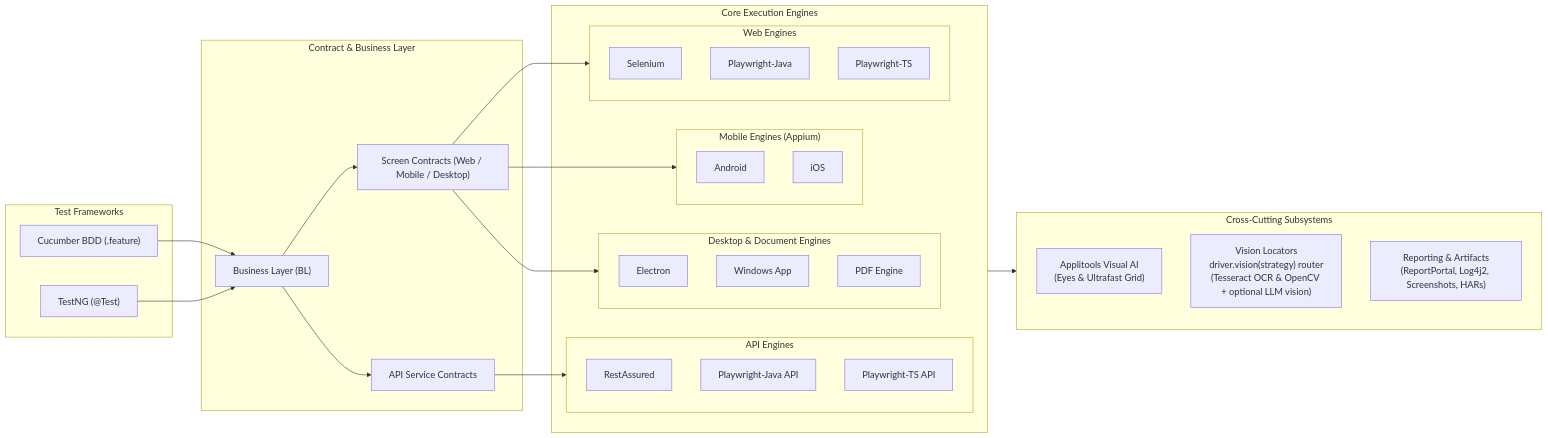
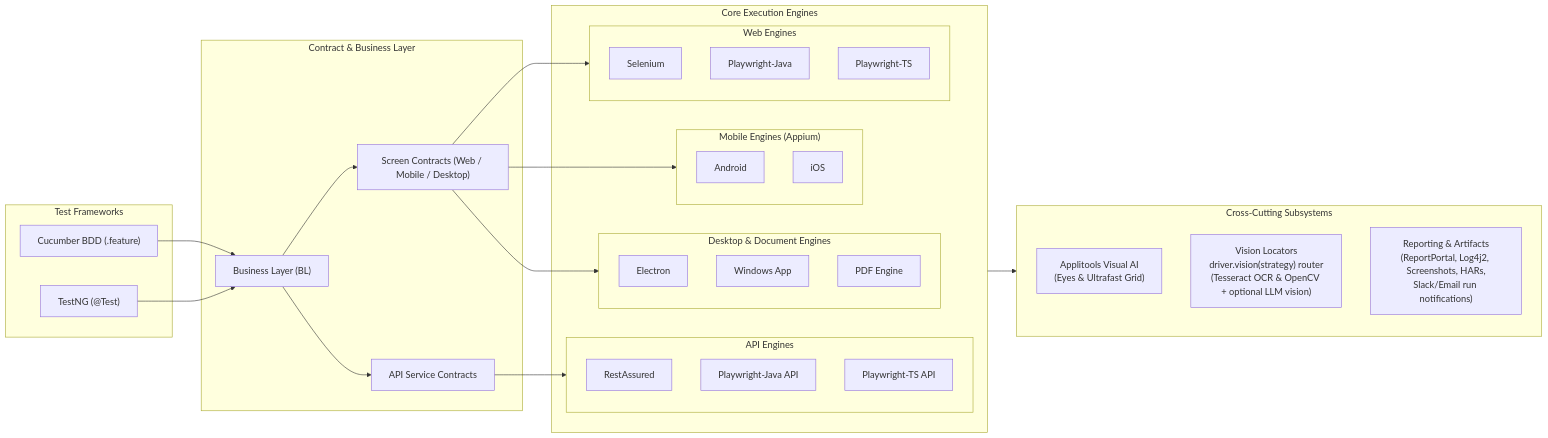
The second of 2 diagrams in README.md (anandbagmar/teswiz), drawn with Mermaid before and after one commit. The commit also changed other lines of this file and 99 other files, not shown here.

First line of the commit message:
Generic end-of-run notifications (Slack + email) with configurable, CI-aware delivery (#49)

````diff
--- a/README.md
+++ b/README.md
@@ -192,53 +193,53 @@
 ```mermaid
 flowchart LR
     subgraph Frameworks["Test Frameworks"]
         CUC["Cucumber BDD (.feature)"]
         TNG["TestNG (@Test)"]
     end
 
     subgraph Layer["Contract & Business Layer"]
         BL["Business Layer (BL)"]
         SC["Screen Contracts (Web / Mobile / Desktop)"]
         API_SVC["API Service Contracts"]
     end
 
     subgraph CoreEngines["Core Execution Engines"]
         subgraph WebEngines["Web Engines"]
             SEL["Selenium"]
             PWJ_W["Playwright-Java"]
             PWTS_W["Playwright-TS"]
         end
         subgraph MobileEngines["Mobile Engines (Appium)"]
             APP_AND["Android"]
             APP_IOS["iOS"]
         end
         subgraph ApiEngines["API Engines"]
             RA["RestAssured"]
             PWJ_A["Playwright-Java API"]
             PWTS_A["Playwright-TS API"]
         end
         subgraph DesktopEngines["Desktop & Document Engines"]
             ELE["Electron"]
             WIN["Windows App"]
             PDF["PDF Engine"]
         end
     end
 
     subgraph Subsystems["Cross-Cutting Subsystems"]
         VIS["Applitools Visual AI<br/>(Eyes & Ultrafast Grid)"]
         OCR["Vision Locators<br/>driver.vision(strategy) router<br/>(Tesseract OCR & OpenCV + optional LLM vision)"]
-        REP["Reporting & Artifacts<br/>(ReportPortal, Log4j2, Screenshots, HARs)"]
+        REP["Reporting & Artifacts<br/>(ReportPortal, Log4j2, Screenshots, HARs,<br/>Slack/Email run notifications)"]
     end
 
     CUC --> BL
     TNG --> BL
     BL --> SC
     BL --> API_SVC
 
     SC --> WebEngines
     SC --> MobileEngines
     SC --> DesktopEngines
     API_SVC --> ApiEngines
 
     CoreEngines --> Subsystems
 ```
````
